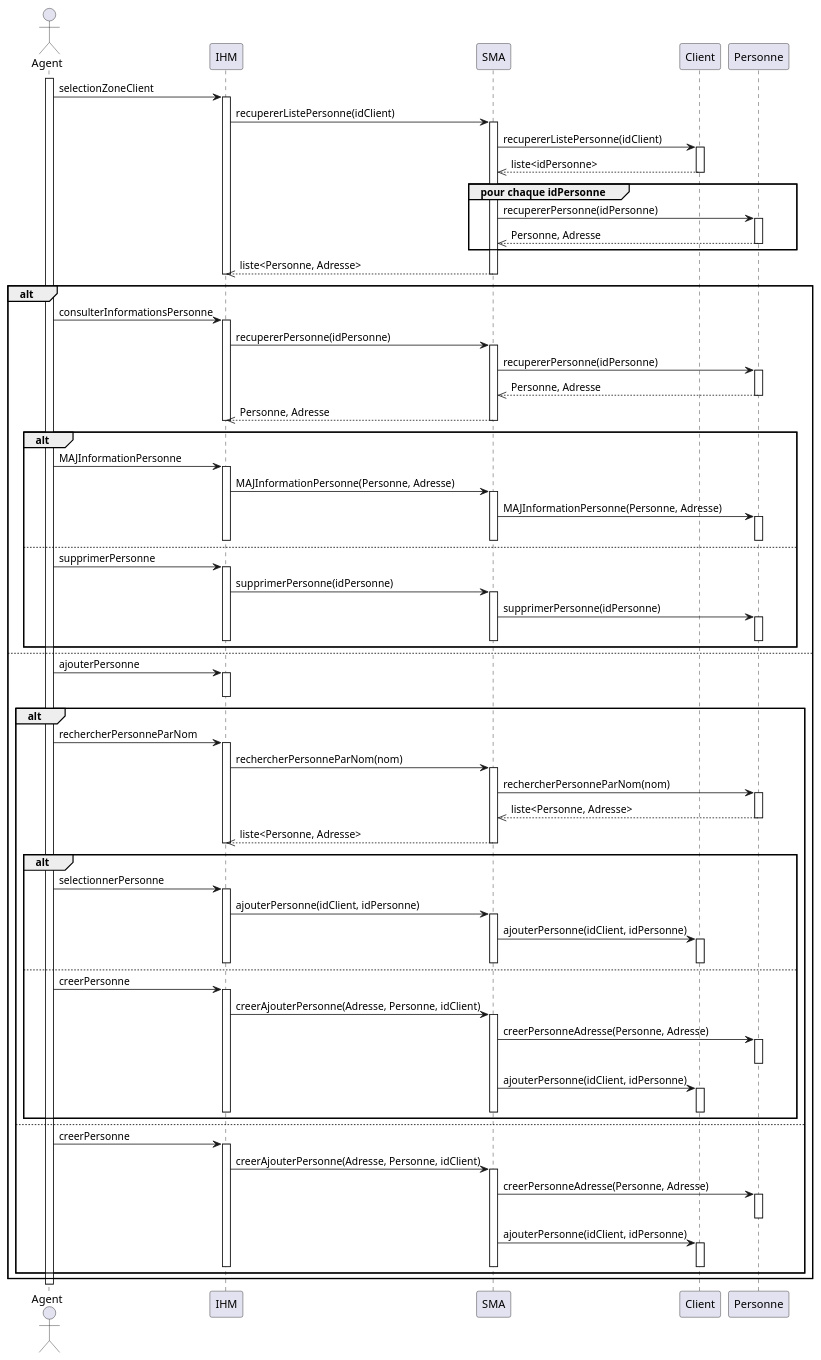
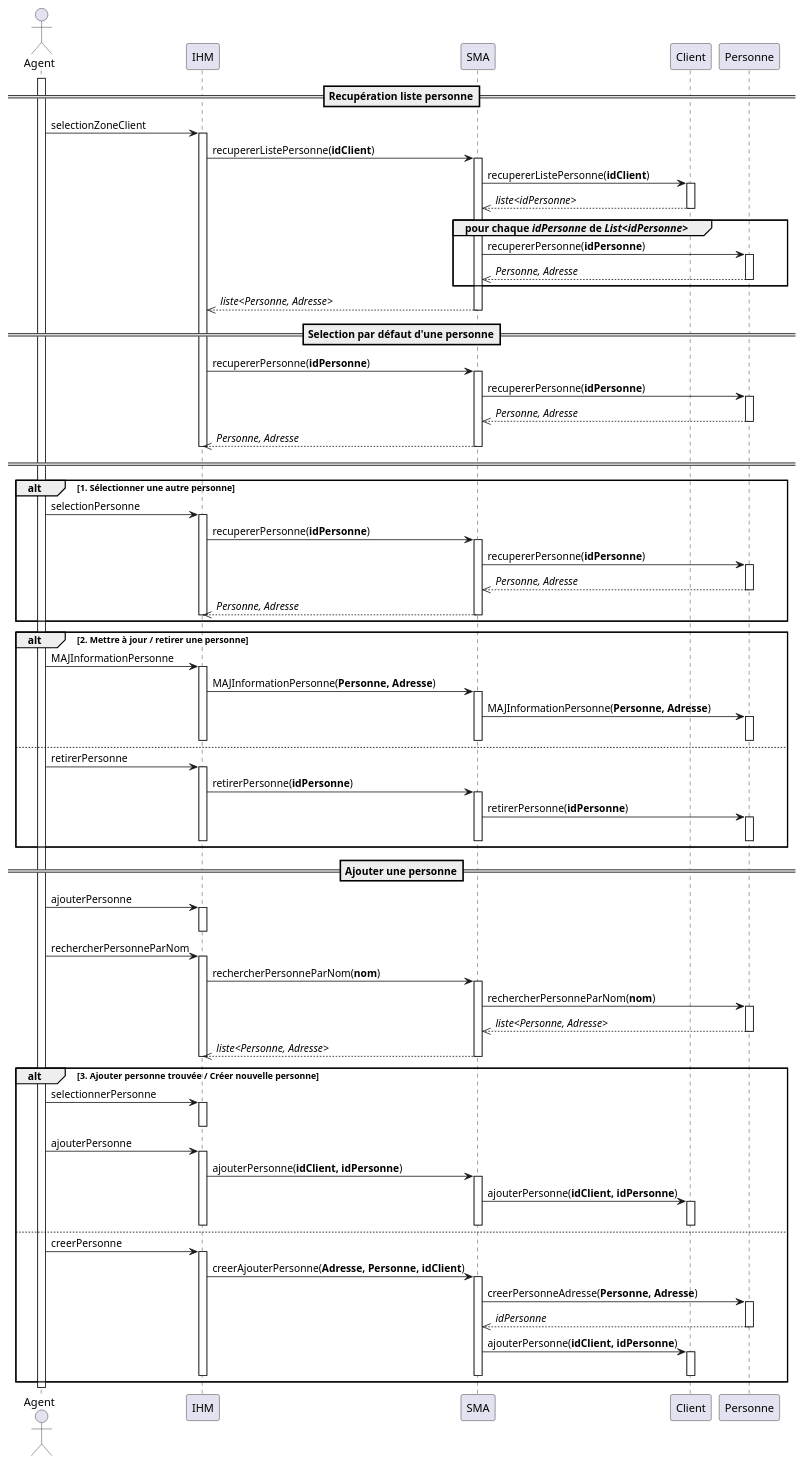
Before and after one commit to if-h4102/pld-mars: the diagram in CU002 - Gestion du client (Zone Client)/DSD002.puml, drawn with PlantUML.

Commit message:
MAJ DSD_CU002

```diff
--- a/CU002 - Gestion du client (Zone Client)/DSD002.puml
+++ b/CU002 - Gestion du client (Zone Client)/DSD002.puml
@@ -1,120 +1,122 @@
 @startuml
 actor Agent
 participant IHM as ihm
 participant SMA as sma
 participant Client
 participant Personne
 
+==Recupération liste personne==
 activate Agent
 Agent -> ihm : selectionZoneClient
 activate ihm
-ihm -> sma : recupererListePersonne(idClient)
+ihm -> sma : recupererListePersonne(**idClient**)
 activate sma
-sma -> Client : recupererListePersonne(idClient)
+sma -> Client : recupererListePersonne(**idClient**)
 activate Client
-Client -->> sma : liste<idPersonne>
+Client -->> sma : //liste<idPersonne>//
 deactivate Client
-
-group pour chaque idPersonne
-    sma -> Personne : recupererPersonne(idPersonne)
+group pour chaque //idPersonne// de //List<idPersonne>//
+    sma -> Personne : recupererPersonne(**idPersonne**)
     activate Personne
-    Personne -->> sma : Personne, Adresse
+    Personne -->> sma : //Personne, Adresse//
     deactivate Personne
 end
+sma -->> ihm : //liste<Personne, Adresse>//
+deactivate sma
 
-sma -->> ihm : liste<Personne, Adresse>
+==Selection par défaut d'une personne==
+ihm -> sma : recupererPersonne(**idPersonne**)
+activate sma
+sma -> Personne : recupererPersonne(**idPersonne**)
+activate Personne
+Personne -->> sma : //Personne, Adresse//
+deactivate Personne
+sma -->> ihm : //Personne, Adresse//
+deactivate sma
+deactivate ihm
+====
+
+alt 1. Sélectionner une autre personne
+    Agent -> ihm : selectionPersonne
+    activate ihm
+    ihm -> sma : recupererPersonne(**idPersonne**)
+    activate sma
+    sma -> Personne : recupererPersonne(**idPersonne**)
+    activate Personne
+    Personne -->> sma : //Personne, Adresse//
+    deactivate Personne
+    sma -->> ihm : //Personne, Adresse//
+    deactivate sma
+    deactivate ihm
+end
+
+alt 2. Mettre à jour / retirer une personne 
+    Agent -> ihm : MAJInformationPersonne
+    activate ihm
+    ihm -> sma : MAJInformationPersonne(**Personne, Adresse**)
+    activate sma
+    sma -> Personne : MAJInformationPersonne(**Personne, Adresse**)
+    activate Personne
+    deactivate Personne
+    deactivate sma
+    deactivate ihm
+else
+    Agent -> ihm : retirerPersonne
+    activate ihm
+    ihm -> sma : retirerPersonne(**idPersonne**)
+    activate sma
+    sma -> Personne : retirerPersonne(**idPersonne**)
+    activate Personne
+    deactivate Personne
+    deactivate sma
+    deactivate ihm
+end
+
+==Ajouter une personne==
+Agent -> ihm : ajouterPersonne
+activate ihm
+deactivate ihm
+
+Agent -> ihm : rechercherPersonneParNom
+activate ihm
+ihm -> sma : rechercherPersonneParNom(**nom**)
+activate sma
+sma -> Personne : rechercherPersonneParNom(**nom**)
+activate Personne
+Personne -->> sma : //liste<Personne, Adresse>//
+deactivate Personne
+sma -->> ihm : //liste<Personne, Adresse>//
 deactivate sma
 deactivate ihm
 
-alt
-    Agent -> ihm : consulterInformationsPersonne
+alt 3. Ajouter personne trouvée / Créer nouvelle personne
+    Agent -> ihm : selectionnerPersonne
     activate ihm
-    ihm -> sma : recupererPersonne(idPersonne)
+    deactivate ihm
+    Agent -> ihm : ajouterPersonne
+    activate ihm
+    ihm -> sma : ajouterPersonne(**idClient, idPersonne**)
     activate sma
-    sma -> Personne : recupererPersonne(idPersonne)
-    activate Personne
-    Personne -->> sma : Personne, Adresse
-    deactivate Personne
-    sma -->> ihm : Personne, Adresse
+    sma -> Client : ajouterPersonne(**idClient, idPersonne**)
+    activate Client
+    deactivate Client
     deactivate sma
     deactivate ihm
-    
-    alt
-        Agent -> ihm : MAJInformationPersonne
-        activate ihm
-        ihm -> sma : MAJInformationPersonne(Personne, Adresse)
-        activate sma
-        sma -> Personne : MAJInformationPersonne(Personne, Adresse)
-        activate Personne
-        deactivate Personne
-        deactivate sma
-        deactivate ihm
-    else
-        Agent -> ihm : supprimerPersonne
-        activate ihm
-        ihm -> sma : supprimerPersonne(idPersonne)
-        activate sma
-        sma -> Personne : supprimerPersonne(idPersonne)
-        activate Personne
-        deactivate Personne
-        deactivate sma
-        deactivate ihm
-    end
 else
-    Agent -> ihm : ajouterPersonne
+    Agent -> ihm : creerPersonne
     activate ihm
+    ihm -> sma : creerAjouterPersonne(**Adresse, Personne, idClient**)
+    activate sma
+    sma -> Personne : creerPersonneAdresse(**Personne, Adresse**)
+    activate Personne
+    Personne -->> sma : //idPersonne//
+    deactivate Personne
+    sma -> Client : ajouterPersonne(**idClient, idPersonne**)
+    activate Client
+    deactivate Client
+    deactivate sma
     deactivate ihm
-    alt
-        Agent -> ihm : rechercherPersonneParNom
-        activate ihm
-        ihm -> sma : rechercherPersonneParNom(nom)
-        activate sma
-        sma -> Personne : rechercherPersonneParNom(nom)
-        activate Personne
-        Personne -->> sma : liste<Personne, Adresse>
-        deactivate Personne
-        sma -->> ihm : liste<Personne, Adresse>
-        deactivate sma
-        deactivate ihm
-        alt
-            Agent -> ihm : selectionnerPersonne
-            activate ihm
-            ihm -> sma : ajouterPersonne(idClient, idPersonne)
-            activate sma
-            sma -> Client : ajouterPersonne(idClient, idPersonne)
-            activate Client
-            deactivate Client
-            deactivate sma
-            deactivate ihm
-        else
-            Agent -> ihm : creerPersonne
-            activate ihm
-            ihm -> sma : creerAjouterPersonne(Adresse, Personne, idClient)
-            activate sma
-            sma -> Personne : creerPersonneAdresse(Personne, Adresse)
-            activate Personne
-            deactivate Personne
-            sma -> Client : ajouterPersonne(idClient, idPersonne)
-            activate Client
-            deactivate Client
-            deactivate sma
-            deactivate ihm
-        end
-    else
-        Agent -> ihm : creerPersonne
-        activate ihm
-        ihm -> sma : creerAjouterPersonne(Adresse, Personne, idClient)
-        activate sma
-        sma -> Personne : creerPersonneAdresse(Personne, Adresse)
-        activate Personne
-        deactivate Personne
-        sma -> Client : ajouterPersonne(idClient, idPersonne)
-        activate Client
-        deactivate Client
-        deactivate sma
-        deactivate ihm
-    end
 end
+
 deactivate Agent
-
 @enduml
```
